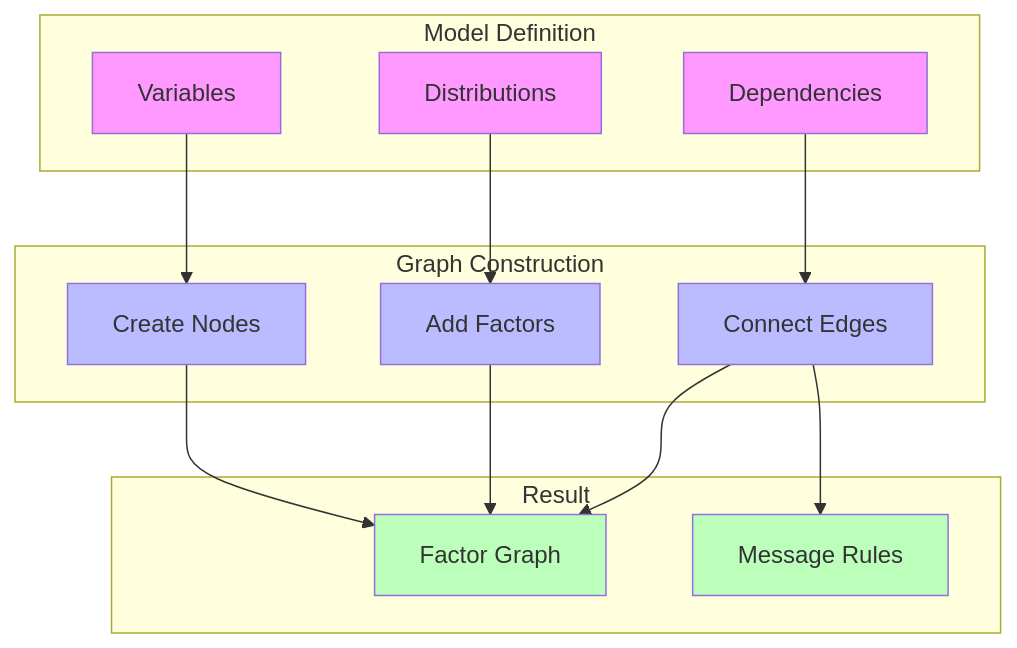
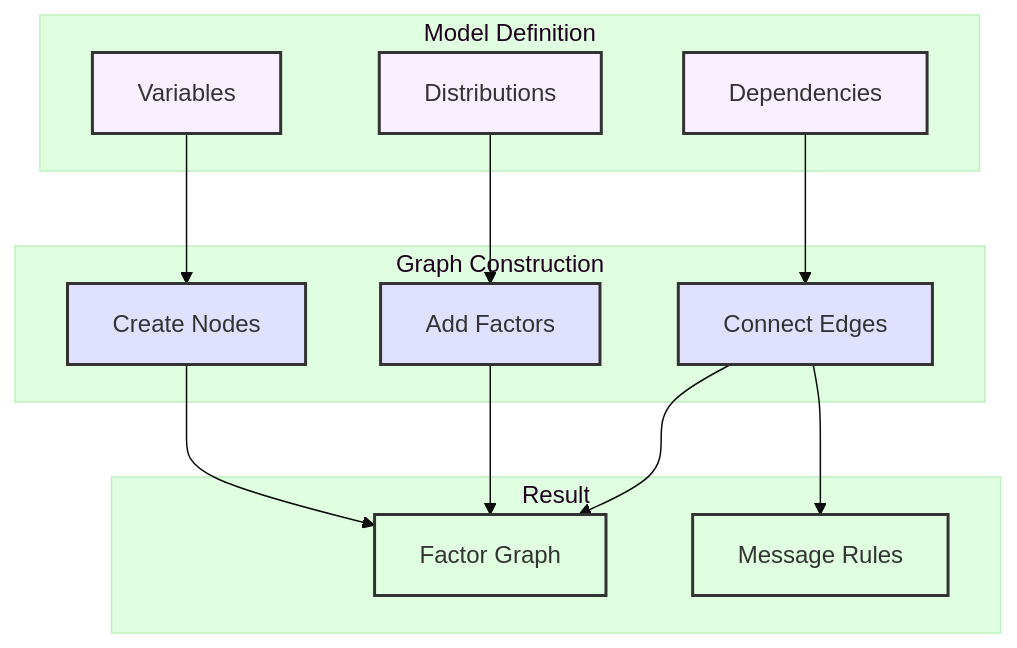
One commit to ActiveInferenceInstitute/cognitive changed the fourth of 8 diagrams in docs/implementation/rxinfer/factor_graphs.md. Above: the diagram before and after it, drawn with Mermaid. The commit also changed other lines of this file and 7 other files, not shown here.

````diff
--- a/docs/implementation/rxinfer/factor_graphs.md
+++ b/docs/implementation/rxinfer/factor_graphs.md
@@ -123,32 +135,36 @@
 ```mermaid
+%%{init: {"theme": "base", "themeVariables": { "primaryColor": "#f9f0ff", "secondaryColor": "#e0e0ff", "tertiaryColor": "#e0ffe0"}}}%%
 graph TD
-    subgraph Model Definition
+    subgraph "Model Definition"
         M1[Variables]
         M2[Distributions]
         M3[Dependencies]
     end
-    subgraph Graph Construction
+    
+    subgraph "Graph Construction"
         G1[Create Nodes]
         G2[Add Factors]
         G3[Connect Edges]
     end
-    subgraph Result
+    
+    subgraph "Result"
         R1[Factor Graph]
         R2[Message Rules]
     end
+    
     M1 --> G1
     M2 --> G2
     M3 --> G3
     G1 --> R1
     G2 --> R1
     G3 --> R1
     G3 --> R2
-    style M1 fill:#f9f
-    style M2 fill:#f9f
-    style M3 fill:#f9f
-    style G1 fill:#bbf
-    style G2 fill:#bbf
-    style G3 fill:#bbf
-    style R1 fill:#bfb
-    style R2 fill:#bfb
+    
+    classDef modelDef fill:#f9f0ff,stroke:#333,stroke-width:2px;
+    classDef graphConst fill:#e0e0ff,stroke:#333,stroke-width:2px;
+    classDef result fill:#e0ffe0,stroke:#333,stroke-width:2px;
+    
+    class M1,M2,M3 modelDef;
+    class G1,G2,G3 graphConst;
+    class R1,R2 result;
 ```
````
